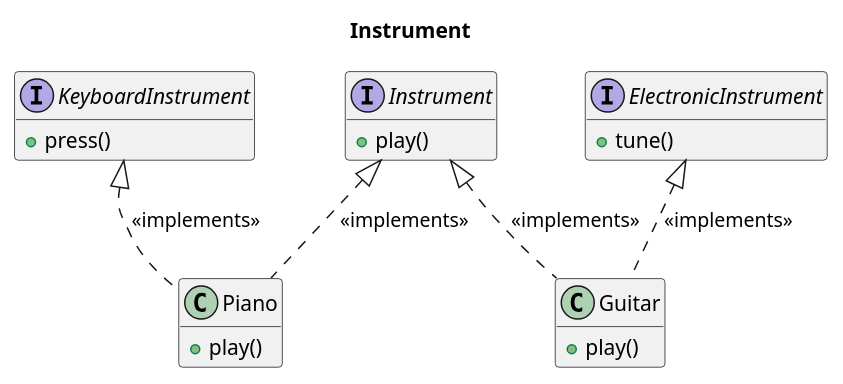
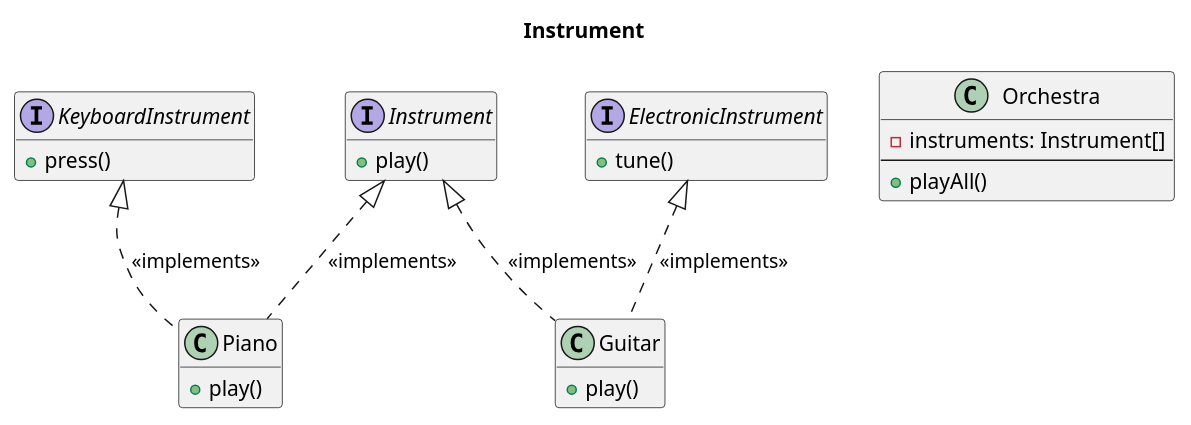
Before and after one commit to Nurettin-Kaplan/OOPExercises: the diagram in UMLs/05_InstrumentModel.wsd, drawn with PlantUML.

Commit message:
The 'Orchestra' class, which has the capability to play all defined instruments, was created in the UML diagram.

```diff
--- a/UMLs/05_InstrumentModel.wsd
+++ b/UMLs/05_InstrumentModel.wsd
@@ -1,30 +1,36 @@
 @startuml
 title Instrument
 
 interface Instrument{
     +play()
 }
 
 interface ElectronicInstrument{
     +tune()
 }
 
 interface KeyboardInstrument{
     +press()
 }
 
 class Guitar{
     +play()
 }
 
 class Piano{
     +play()
 }
 
+class Orchestra {
+    -instruments: Instrument[]
+    --
+    +playAll()
+}
+
 Guitar .up.|> Instrument : <<implements>>
 Guitar .up.|> ElectronicInstrument : <<implements>>
 Piano .up.|> Instrument : <<implements>>
 Piano .up.|> KeyboardInstrument : <<implements>>
 
 hide empty members
 @enduml
```
